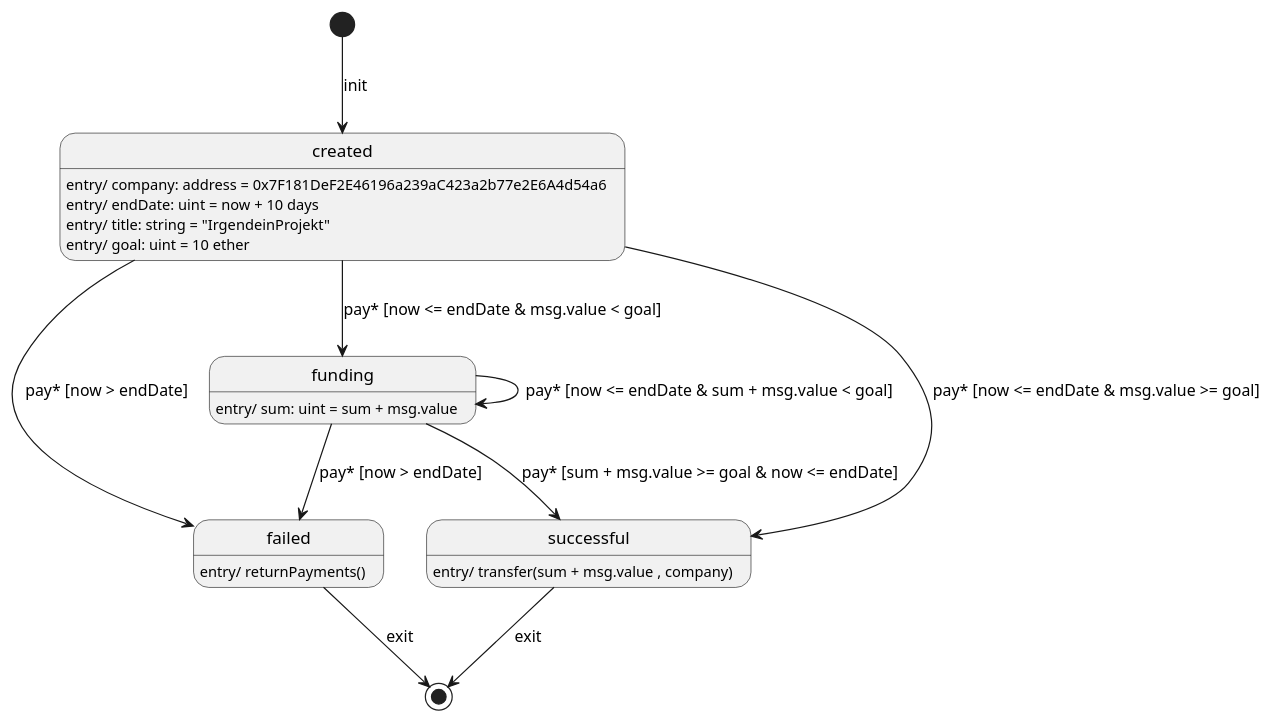
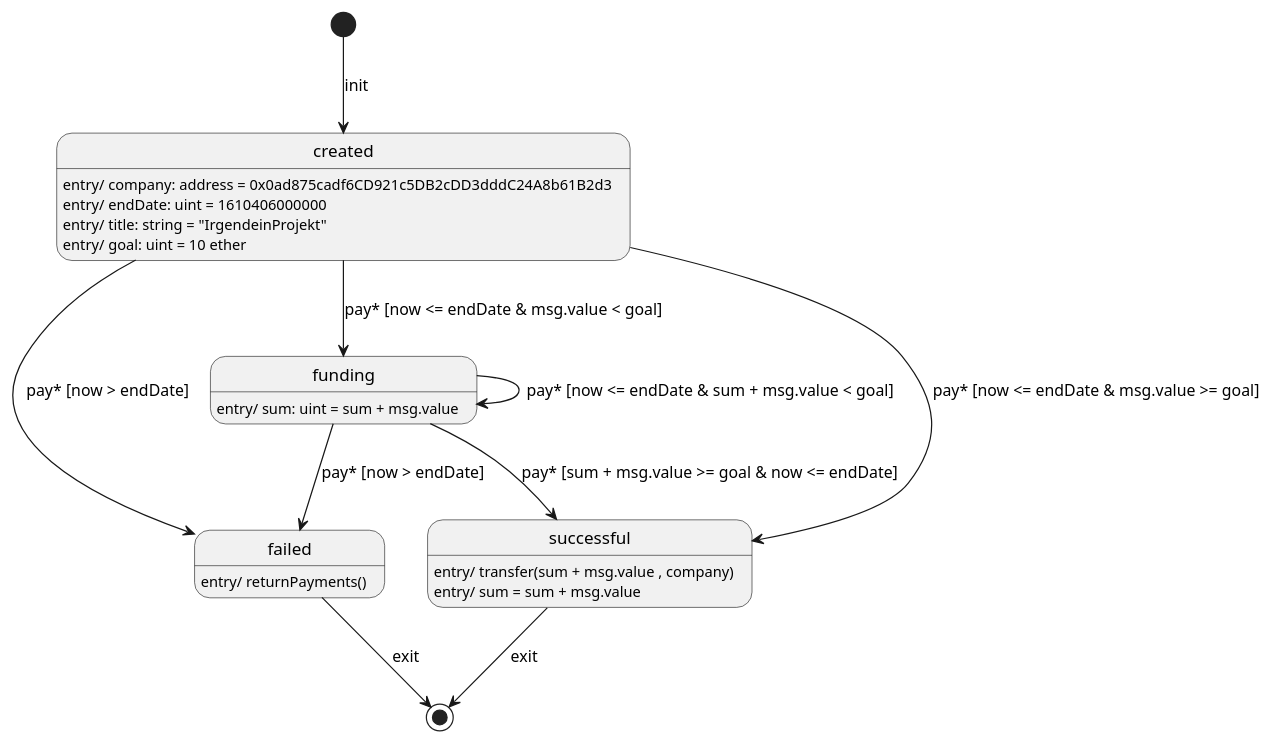
Before and after one commit to aski-73/meivsm-compiler: the diagram in src/main/resources/sm_crowd-funding.plantuml, drawn with PlantUML. The commit also changed 2 other files, not shown here.

```diff
--- a/src/main/resources/sm_crowd-funding.plantuml
+++ b/src/main/resources/sm_crowd-funding.plantuml
@@ -1,22 +1,23 @@
-@startuml CrowdFundingContract
+@startuml CrowdfundingContract
 skinparam Monochrome true
 skinparam Shadowing false
 
 [*] --> created: init
-created: entry/ company: address = 0x7F181DeF2E46196a239aC423a2b77e2E6A4d54a6
-created: entry/ endDate: uint = now + 10 days
+created: entry/ company: address = 0x0ad875cadf6CD921c5DB2cDD3dddC24A8b61B2d3
+created: entry/ endDate: uint = 1610406000000
 created: entry/ title: string = "IrgendeinProjekt"
 created: entry/ goal: uint = 10 ether
 funding: entry/ sum: uint = sum + msg.value
 failed: entry/ returnPayments()
 successful: entry/ transfer(sum + msg.value , company)
+successful: entry/ sum = sum + msg.value
 created --> funding: pay* [now <= endDate & msg.value < goal]
 funding --> funding: pay* [now <= endDate & sum + msg.value < goal]
 created --> successful: pay* [now <= endDate & msg.value >= goal]
 created --> failed: pay* [now > endDate]
 
 funding --> successful: pay* [sum + msg.value >= goal & now <= endDate]
 funding --> failed: pay* [now > endDate]
 failed --> [*]: exit
 successful --> [*]: exit
 @enduml
```
